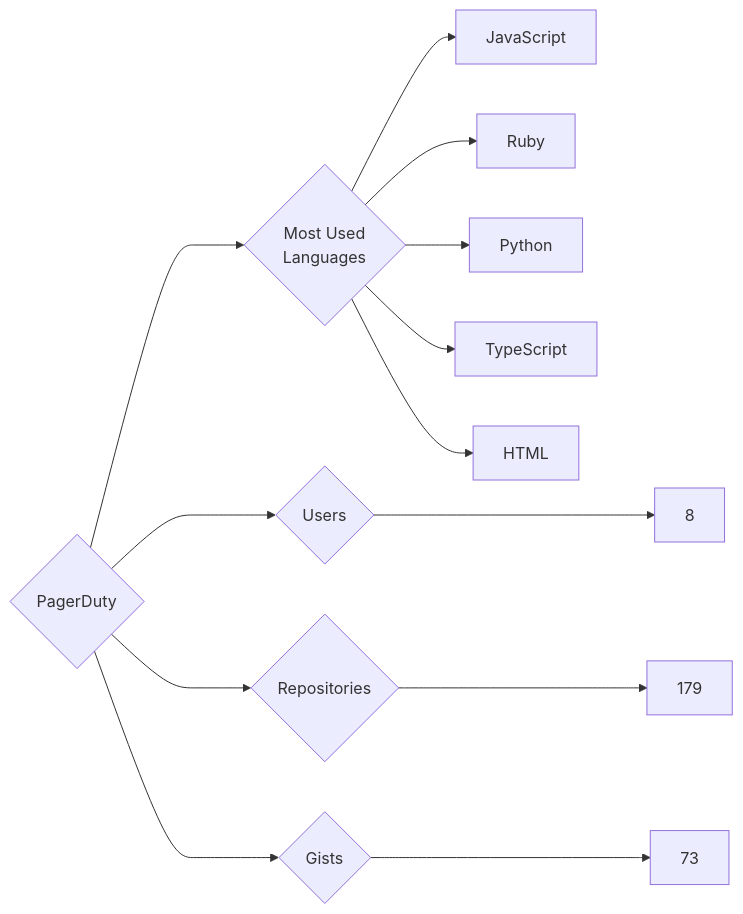
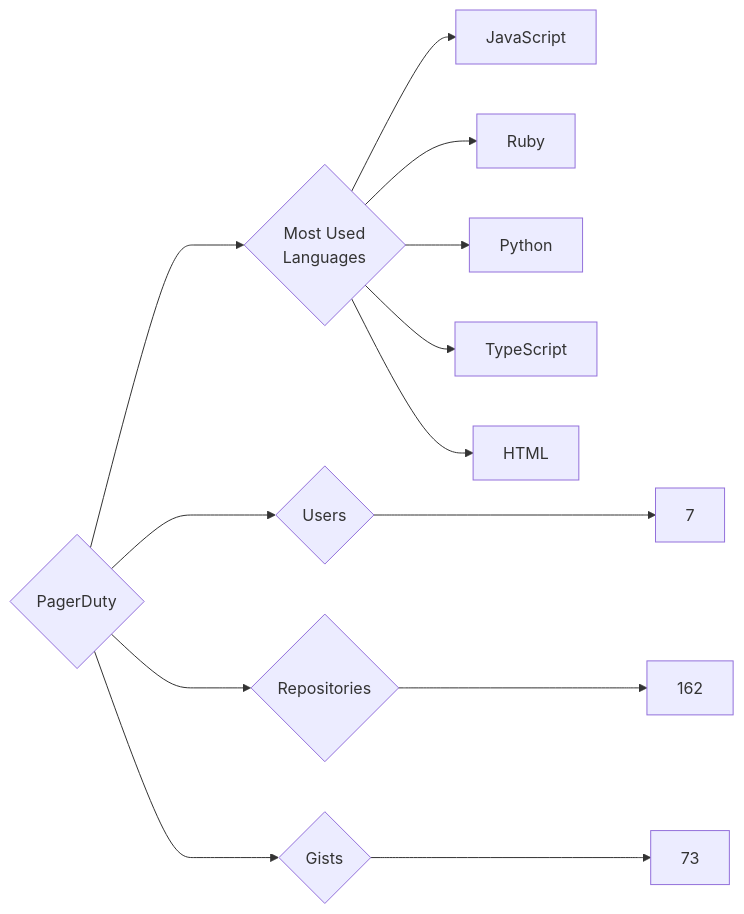
One commit to trickest/insiders changed the diagram in targets/PagerDuty/README.md. Above: the diagram before and after it, drawn with Mermaid. The commit also changed 1389 other files, not shown here.

````diff
--- a/targets/PagerDuty/README.md
+++ b/targets/PagerDuty/README.md
@@ -3,13 +3,13 @@
 ```mermaid
 graph LR
 COMPANY_NAME{PagerDuty}
-COMPANY_NAME ---> U{Users} ---> UN[8]
-COMPANY_NAME ---> R{Repositories} ---> RN[179]
+COMPANY_NAME ---> U{Users} ---> UN[7]
+COMPANY_NAME ---> R{Repositories} ---> RN[162]
 COMPANY_NAME ---> G{Gists} ---> GN[73]
 COMPANY_NAME ---> ML{Most Used<br>Languages}
 ML --> JavaScript[JavaScript]
 ML --> Ruby[Ruby]
 ML --> Python[Python]
 ML --> TypeScript[TypeScript]
 ML --> HTML[HTML]
 ```
````
